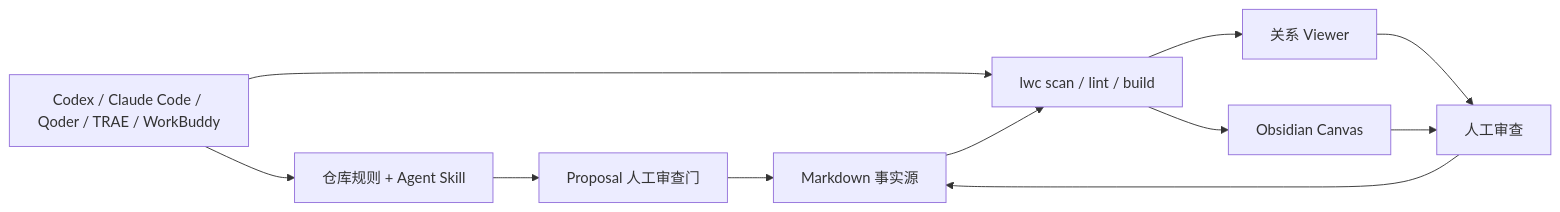
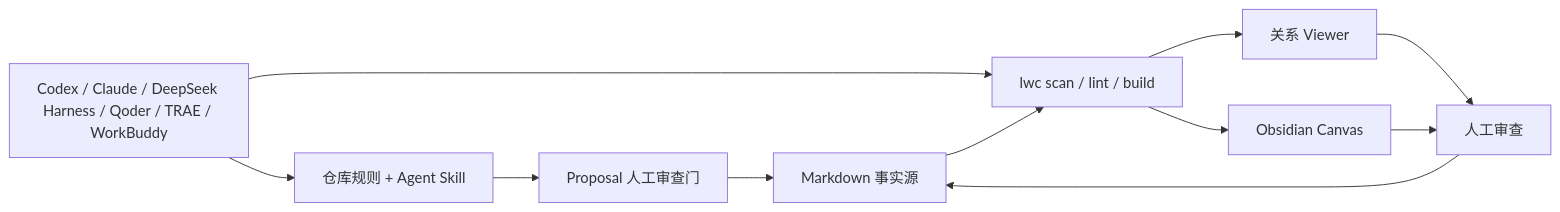
The diagram in docs/ai-agents.zh-CN.md (chicogong/llm-wiki-canvas), drawn with Mermaid before and after one commit. The commit also changed other lines of this file and 17 other files, not shown here.

````diff
--- a/docs/ai-agents.zh-CN.md
+++ b/docs/ai-agents.zh-CN.md
@@ -7,13 +7,13 @@
 ```mermaid
 flowchart LR
-  A["Codex / Claude Code / Qoder / TRAE / WorkBuddy"] --> R["仓库规则 + Agent Skill"]
+  A["Codex / Claude / DeepSeek Harness / Qoder / TRAE / WorkBuddy"] --> R["仓库规则 + Agent Skill"]
   R --> P["Proposal 人工审查门"]
   P --> M["Markdown 事实源"]
   A --> C["lwc scan / lint / build"]
   M --> C
   C --> G["关系 Viewer"]
   C --> O["Obsidian Canvas"]
   G --> H["人工审查"]
   O --> H
   H --> M
 ```
````
